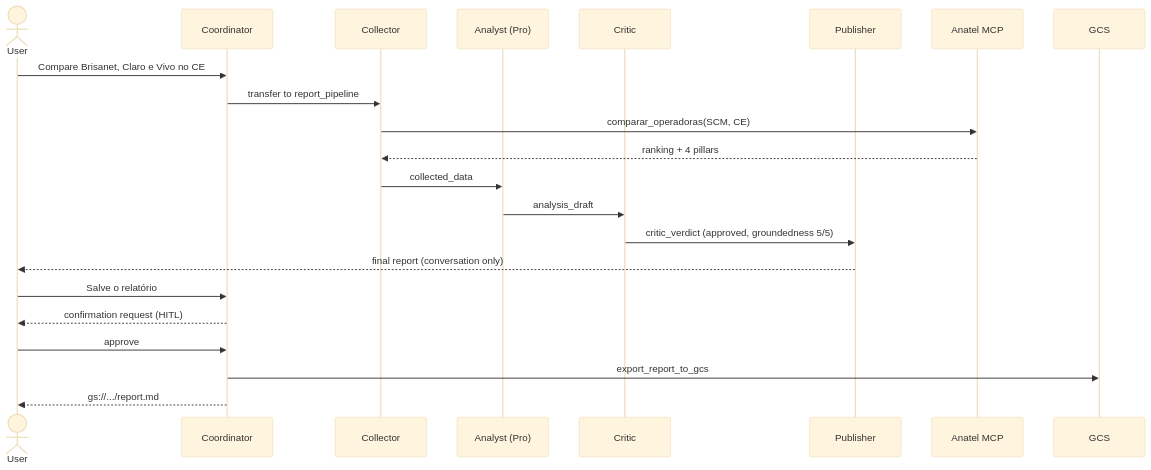
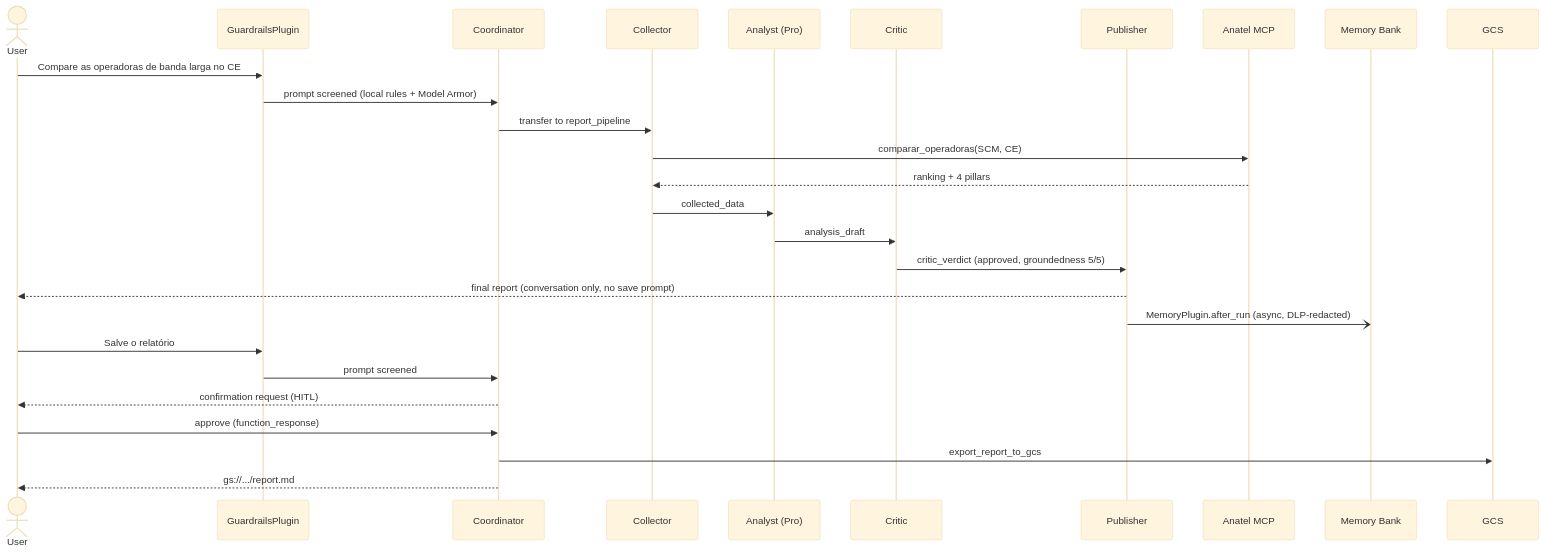
The third of 4 diagrams in README.md (thiago-a-azevedo/anatel), drawn with Mermaid (base theme) before and after one commit. The commit also changed other lines of this file and 2 other files, not shown here.

Commit message:
docs: refresh architecture diagrams and use generic operator prompts in README

````diff
--- a/README.md
+++ b/README.md
@@ -153,25 +172,30 @@
 ```mermaid
 sequenceDiagram
   actor U as User
+  participant G as GuardrailsPlugin
   participant C as Coordinator
   participant D as Collector
   participant A as Analyst (Pro)
   participant J as Critic
   participant P as Publisher
   participant M as Anatel MCP
-  participant G as GCS
+  participant MB as Memory Bank
+  participant S as GCS
 
-  U->>C: Compare Brisanet, Claro e Vivo no CE
+  U->>G: Compare as operadoras de banda larga no CE
+  G->>C: prompt screened (local rules + Model Armor)
   C->>D: transfer to report_pipeline
   D->>M: comparar_operadoras(SCM, CE)
   M-->>D: ranking + 4 pillars
   D->>A: collected_data
   A->>J: analysis_draft
   J->>P: critic_verdict (approved, groundedness 5/5)
-  P-->>U: final report (conversation only)
-  U->>C: Salve o relatório
+  P-->>U: final report (conversation only, no save prompt)
+  P-)MB: MemoryPlugin.after_run (async, DLP-redacted)
+  U->>G: Salve o relatório
+  G->>C: prompt screened
   C-->>U: confirmation request (HITL)
-  U->>C: approve
-  C->>G: export_report_to_gcs
+  U->>C: approve (function_response)
+  C->>S: export_report_to_gcs
   C-->>U: gs://.../report.md
 ```
````
